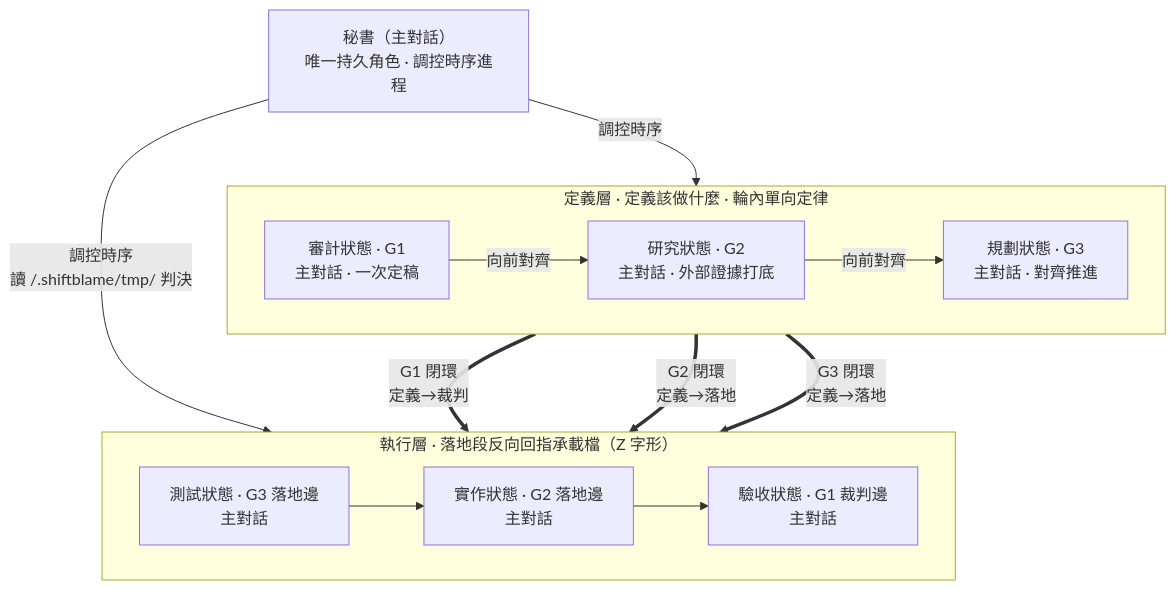
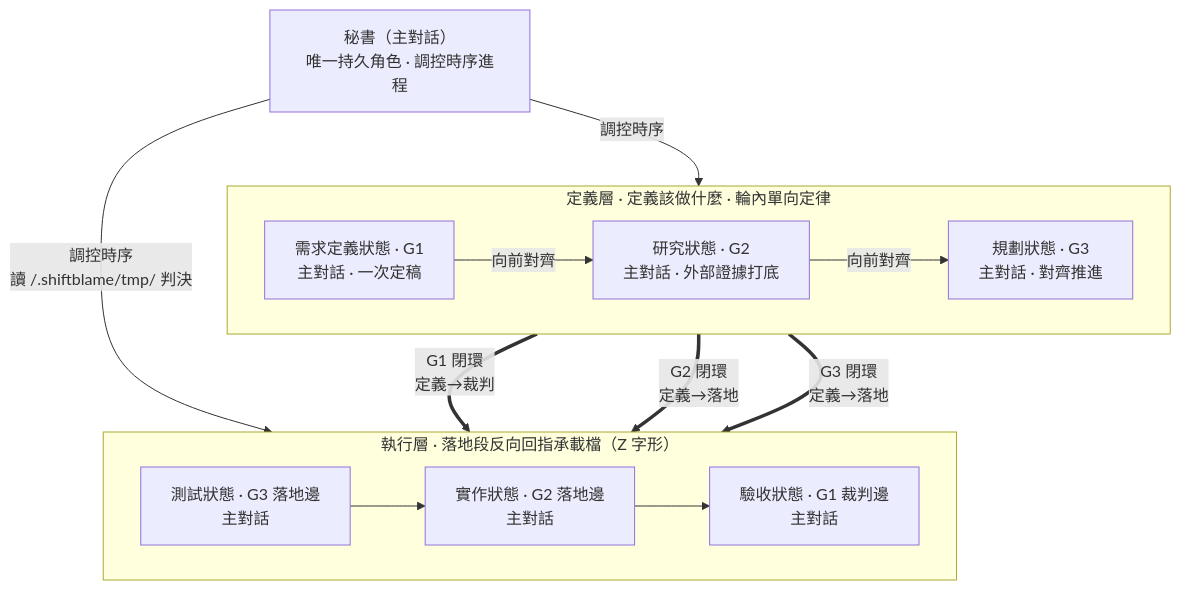
One commit to teps3105/shiftblame changed the second of 2 diagrams in README.md. Above: the diagram before and after it, drawn with Mermaid. The commit also changed other lines of this file and 25 other files, not shown here.

````diff
--- a/README.md
+++ b/README.md
@@ -91,19 +93,19 @@
 ```mermaid
 flowchart TB
     SEC["秘書（主對話）<br/>唯一持久角色 · 調控時序進程"]
     subgraph Consult["定義層 · 定義該做什麼 · 輪內單向定律"]
         direction LR
-        G1["審計狀態 · G1<br/>主對話 · 一次定稿"] -->|向前對齊| G2["研究狀態 · G2<br/>主對話 · 外部證據打底"]
+        G1["需求定義狀態 · G1<br/>主對話 · 一次定稿"] -->|向前對齊| G2["研究狀態 · G2<br/>主對話 · 外部證據打底"]
         G2 -->|向前對齊| G3["規劃狀態 · G3<br/>主對話 · 對齊推進"]
     end
     subgraph Build["執行層 · 落地段反向回指承載檔（Z 字形）"]
         direction LR
         TST["測試狀態 · G3 落地邊<br/>主對話"] --> DEV["實作狀態 · G2 落地邊<br/>主對話"]
         DEV --> ACC["驗收狀態 · G1 裁判邊<br/>主對話"]
     end
     SEC -- 調控時序 --> Consult
     SEC -- 調控時序<br/>讀 <repo>/.shiftblame/tmp/ 判決 --> Build
     G1 == "G1 閉環<br/>定義→裁判" ==> ACC
     G2 == "G2 閉環<br/>定義→落地" ==> DEV
     G3 == "G3 閉環<br/>定義→落地" ==> TST
 ```
````
